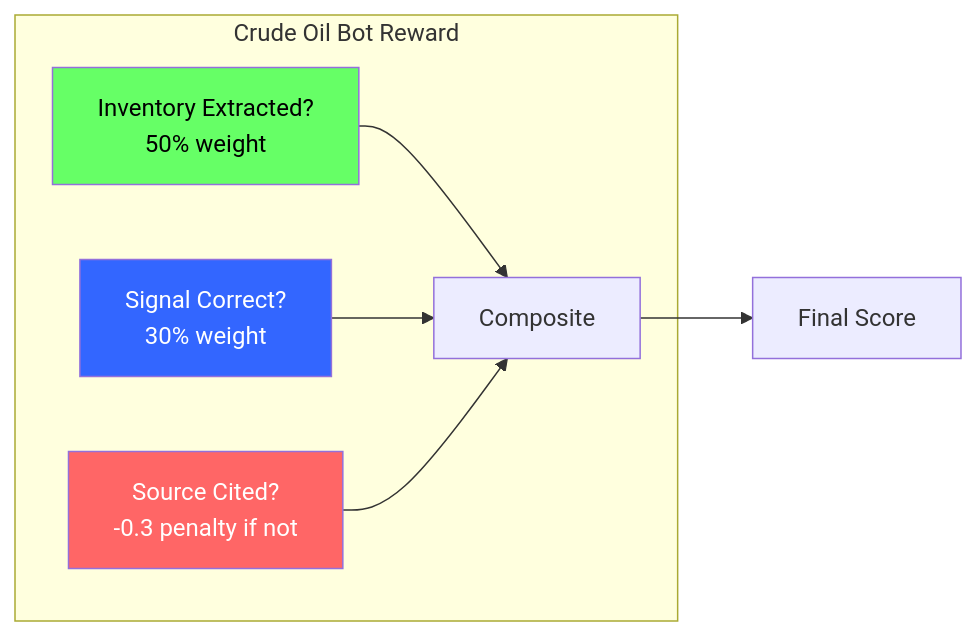
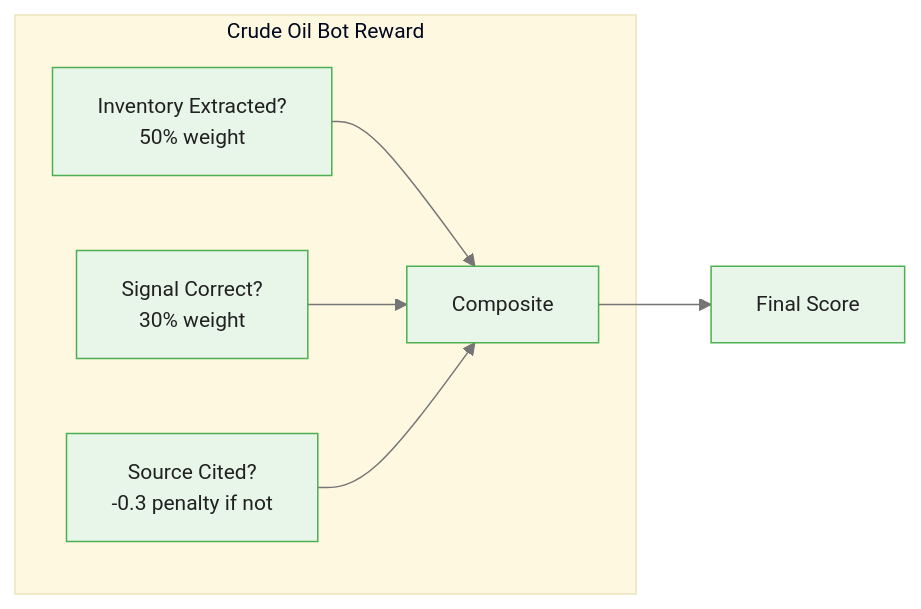
The second of 3 diagrams in courses/multi-armed-bandits-ab-testing/modules/module_08_prompt_routing_bandits/guides/02_reward_design_llm_slides.md (m-deane/course-creator), drawn with Mermaid before and after one commit. The commit also changed other lines of this file and 146 other files, not shown here.

````diff
--- a/courses/multi-armed-bandits-ab-testing/modules/module_08_prompt_routing_bandits/guides/02_reward_design_llm_slides.md
+++ b/courses/multi-armed-bandits-ab-testing/modules/module_08_prompt_routing_bandits/guides/02_reward_design_llm_slides.md
@@ -190,14 +231,11 @@
 ```mermaid
+%%{init: {"theme": "base", "themeVariables": {"primaryColor": "#e8f5e9", "primaryBorderColor": "#4caf50", "primaryTextColor": "#212121", "secondaryColor": "#e3f2fd", "tertiaryColor": "#fff8e1", "lineColor": "#757575", "fontFamily": "Inter, sans-serif", "fontSize": "14px"}}}%%
 flowchart LR
     subgraph Reward["Crude Oil Bot Reward"]
         Inv["Inventory Extracted?<br/>50% weight"] --> Comp["Composite"]
         Sig["Signal Correct?<br/>30% weight"] --> Comp
         Hal["Source Cited?<br/>-0.3 penalty if not"] --> Comp
     end
 
     Comp --> Score["Final Score"]
-
-    style Inv fill:#6f6,color:#000
-    style Sig fill:#36f,color:#fff
-    style Hal fill:#f66,color:#fff
 ```
````
